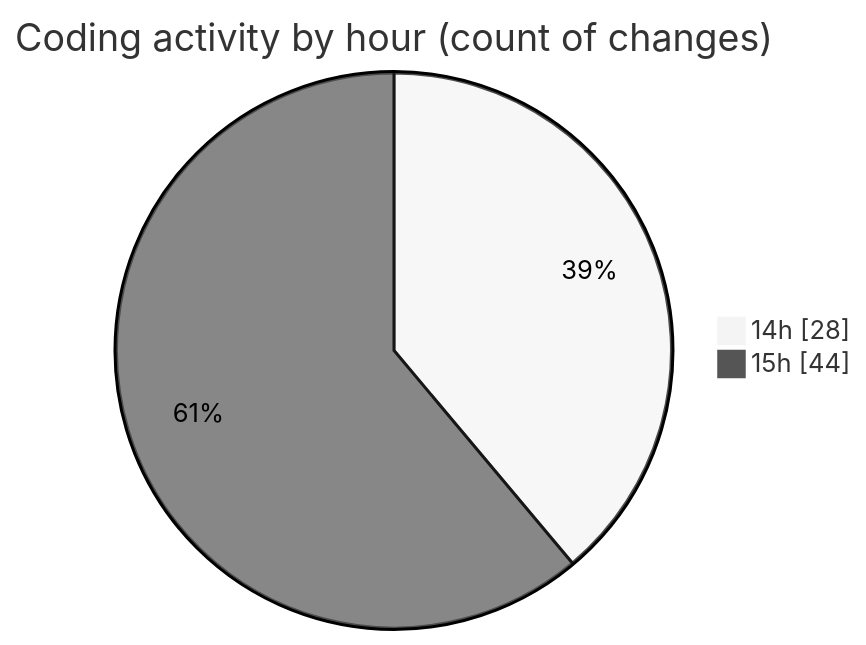
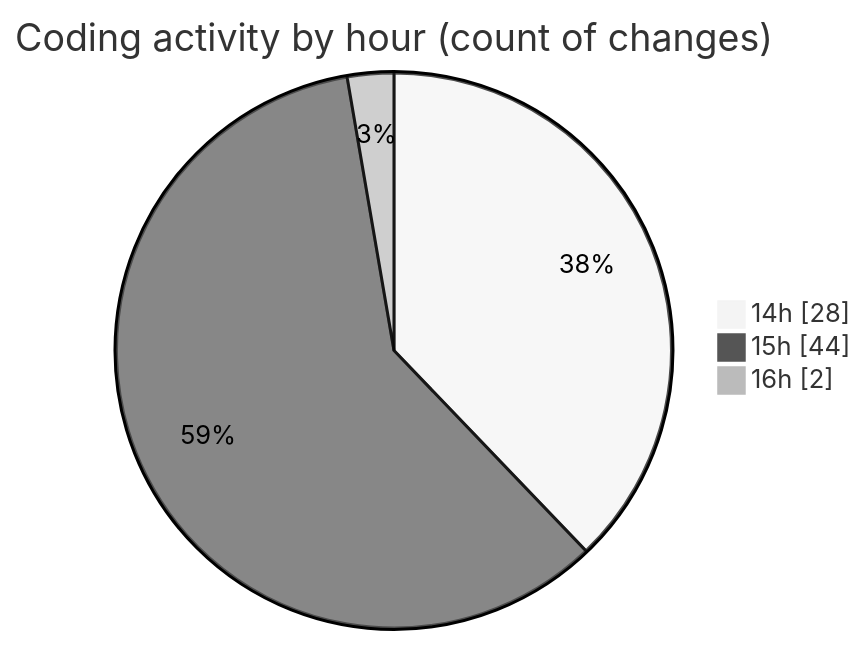
The second of 2 diagrams in 2025-07-01/urlwebwalatask/README.md (Ritupan-Deka/code-tracking), drawn with Mermaid (neutral theme) before and after one commit. The commit also changed other lines of this file and 1 other file, not shown here.

````diff
--- a/2025-07-01/urlwebwalatask/README.md
+++ b/2025-07-01/urlwebwalatask/README.md
@@ -43,6 +43,7 @@
 ```mermaid
 pie showData
 title Coding activity by hour (count of changes)
 "14h" : 28
 "15h" : 44
+"16h" : 2
 ```
````
